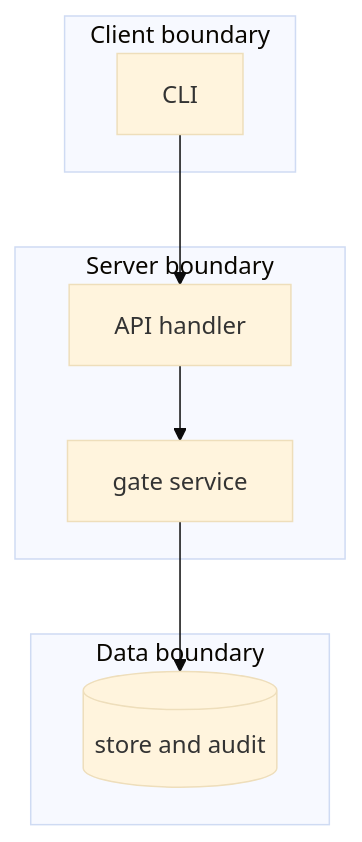
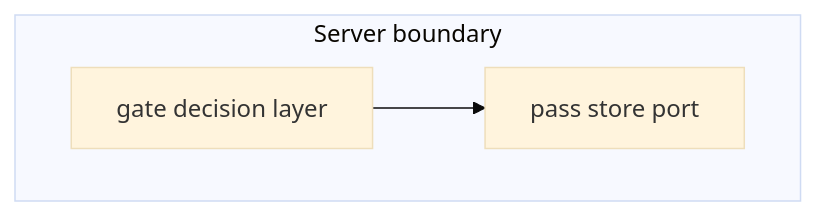
Before and after one commit to OpenDustpan/OpenDustpan: the third of 3 diagrams in openspec/changes/break-glass-gates-in-error/design.md, drawn with Mermaid (base theme). The commit also changed other lines of this file and 90 other files, not shown here.

````diff
--- a/openspec/changes/break-glass-gates-in-error/design.md
+++ b/openspec/changes/break-glass-gates-in-error/design.md
@@ -54,16 +61,8 @@
 ```mermaid
 flowchart TB
-subgraph Client[Client boundary]
-CLI[CLI]
+subgraph Server[Server boundary]
+S[gate decision layer]
+P[pass store port]
 end
-subgraph Server[Server boundary]
-H[API handler]
-S[gate service]
-end
-subgraph Data[Data boundary]
-D[(store and audit)]
-end
-CLI-->H
-H-->S
-S-->D
+S-->P
 ```
````
